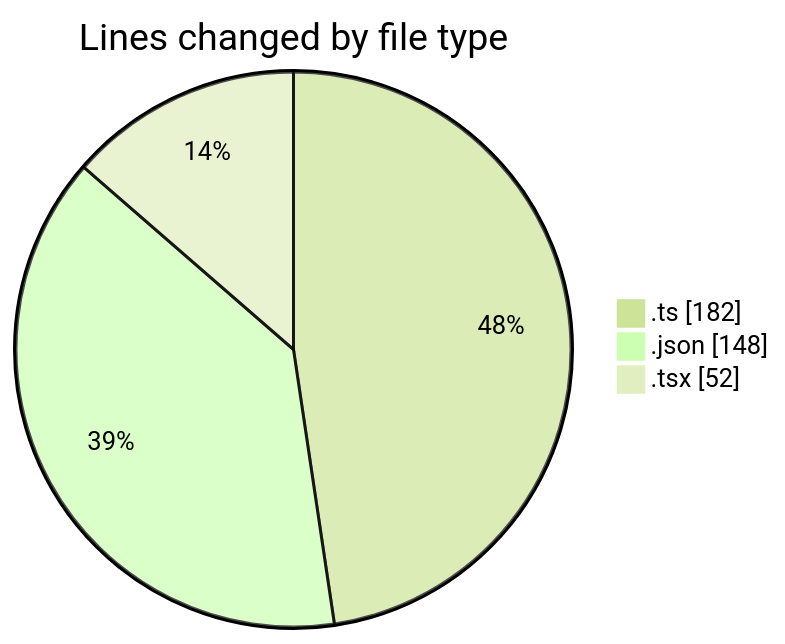
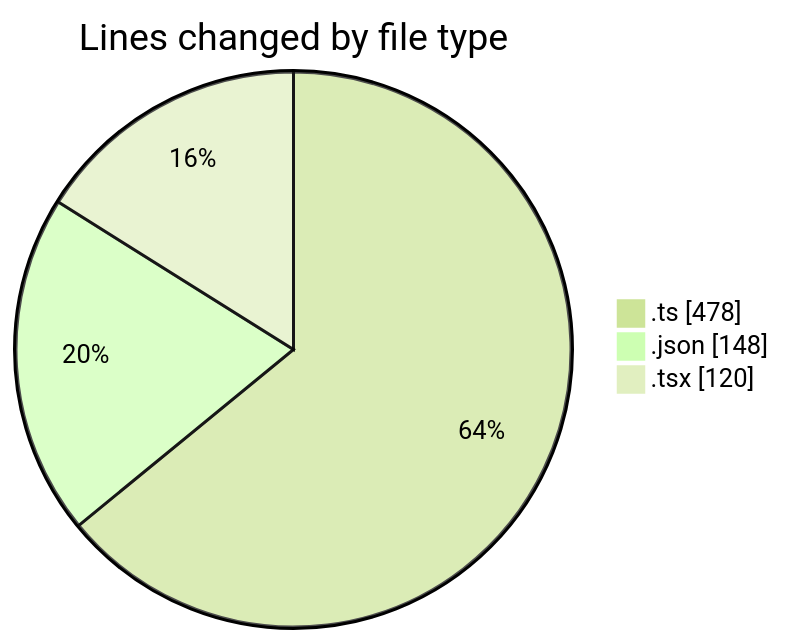
Before and after one commit to robertbonfada/code-tracking: the first of 2 diagrams in 2025-02-20/mbc-web/README.md, drawn with Mermaid (forest theme). The commit also changed other lines of this file and 1 other file, not shown here.

````diff
--- a/2025-02-20/mbc-web/README.md
+++ b/2025-02-20/mbc-web/README.md
@@ -24,7 +27,7 @@
 ```mermaid
 pie showData
 title Lines changed by file type
-".ts" : 182
+".ts" : 478
 ".json" : 148
-".tsx" : 52
+".tsx" : 120
 ```
````
